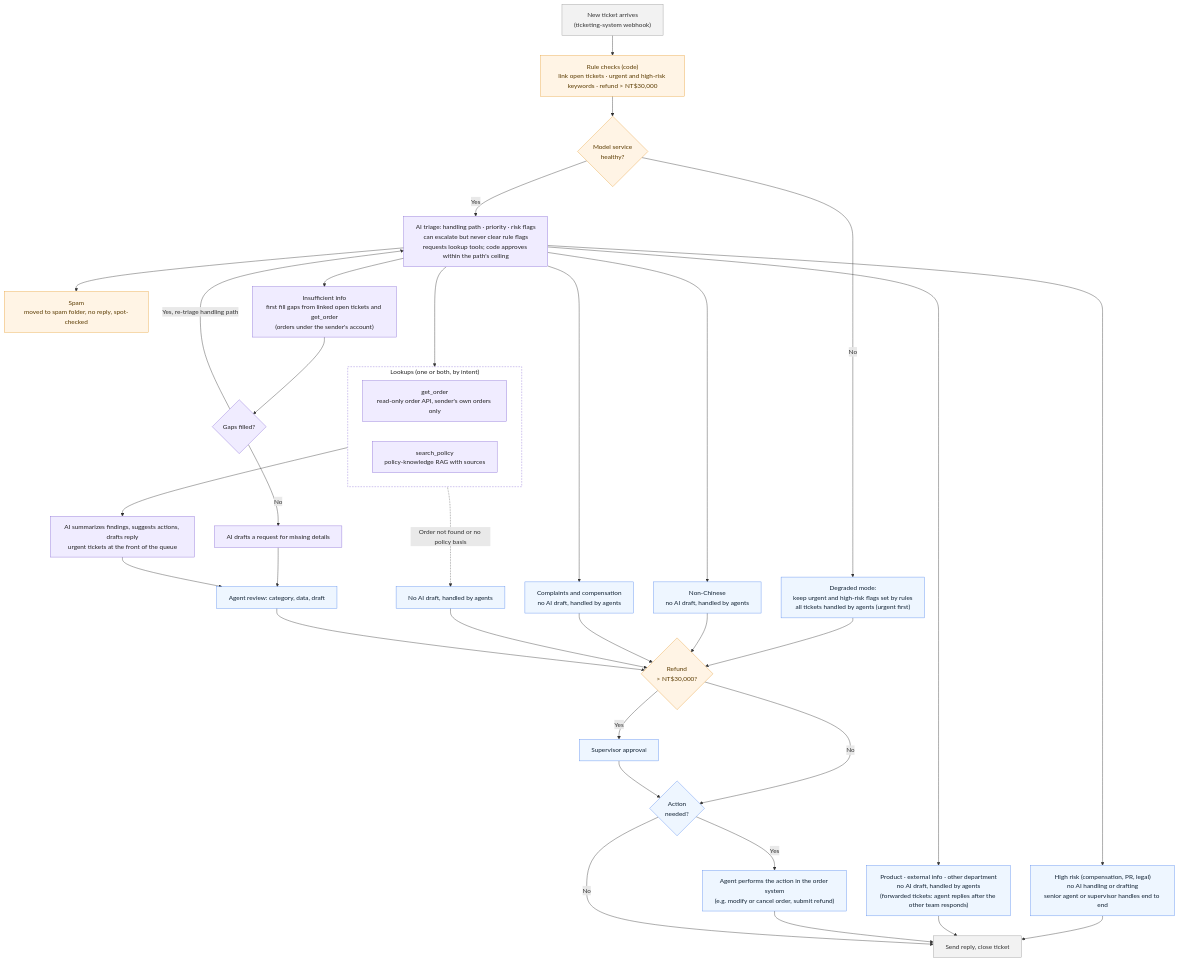
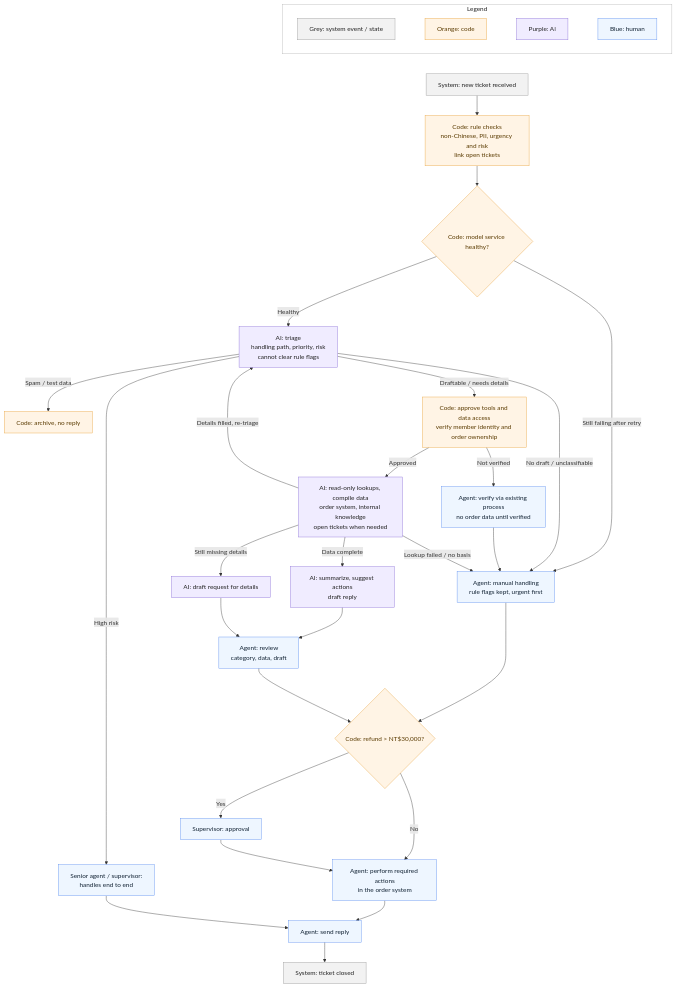
Before and after one commit to wei-yiting/travel-support-ai-case-study: the diagram in docs/figures/workflow.mmd, drawn with Mermaid. The commit also changed 6 other files, not shown here.

Commit message:
Sync report with revised design: human-verified gates, feedback types, capacity model, sources

```diff
--- a/docs/figures/workflow.mmd
+++ b/docs/figures/workflow.mmd
@@ -1,49 +1,45 @@
-%%{init: {"flowchart": {"wrappingWidth": 300}}}%%
 flowchart TD
-  A["New ticket arrives<br/>(ticketing-system webhook)"] --> R["Rule checks (code)<br/>link open tickets · urgent and high-risk keywords · refund > NT$30,000"]
-  R --> H{"Model service<br/>healthy?"}
-  H -- No --> M0["Degraded mode:<br/>keep urgent and high-risk flags set by rules<br/>all tickets handled by agents (urgent first)"]
-  H -- Yes --> C["AI triage: handling path · priority · risk flags<br/>can escalate but never clear rule flags<br/>requests lookup tools; code approves within the path's ceiling"]
+  subgraph LEGEND["Legend"]
+    direction LR
+    LS["Grey: system event / state"]
+    LR["Orange: code"]
+    LA["Purple: AI"]
+    LH["Blue: human"]
+    LS ~~~ LR ~~~ LA ~~~ LH
+  end
+  LEGEND ~~~ A
+  A["System: new ticket received"] --> R["Code: rule checks<br/>non-Chinese, PII, urgency and risk<br/>link open tickets"]
+  R --> M{"Code: model service healthy?"}
+  M -- "Still failing after retry" --> F["Agent: manual handling<br/>rule flags kept, urgent first"]
+  M -- "Healthy" --> T["AI: triage<br/>handling path, priority, risk<br/>cannot clear rule flags"]
+  T -- "Spam / test data" --> SP["Code: archive, no reply"]
+  T -- "High risk" --> HR["Senior agent / supervisor:<br/>handles end to end"]
+  T -- "No draft / unclassifiable" --> F
+  T -- "Draftable / needs details" --> G["Code: approve tools and data access<br/>verify member identity and order ownership"]
+  G -- "Not verified" --> V["Agent: verify via existing process<br/>no order data until verified"]
+  V --> F
+  G -- "Approved" --> Q["AI: read-only lookups, compile data<br/>order system, internal knowledge<br/>open tickets when needed"]
+  Q -- "Lookup failed / no basis" --> F
+  Q -- "Details filled, re-triage" --> T
+  Q -- "Still missing details" --> ASK["AI: draft request for details"]
+  Q -- "Data complete" --> D["AI: summarize, suggest actions<br/>draft reply"]
+  D --> C["Agent: review<br/>category, data, draft"]
+  ASK --> C
+  F --> J{"Code: refund > NT$30,000?"}
+  C --> J
+  J -- "Yes" --> S["Supervisor: approval"]
+  J -- "No" --> O["Agent: perform required actions<br/>in the order system"]
+  S --> O
+  O --> SEND["Agent: send reply"]
+  HR --> SEND
+  SEND --> DONE["System: ticket closed"]
 
-  C --> HR["High risk (compensation, PR, legal)<br/>no AI handling or drafting<br/>senior agent or supervisor handles end to end"]
-  C --> SP["Spam<br/>moved to spam folder, no reply, spot-checked"]
-  C --> NM["Product · external info · other department<br/>no AI draft, handled by agents<br/>(forwarded tickets: agent replies after the other team responds)"]
-  C --> CP["Complaints and compensation<br/>no AI draft, handled by agents"]
-  C --> INS["Insufficient info<br/>first fill gaps from linked open tickets and get_order<br/>(orders under the sender's account)"]
-  INS --> INSQ{"Gaps filled?"}
-  INSQ -- Yes, re-triage handling path --> C
-  INSQ -- No --> INSD["AI drafts a request for missing details"]
-  C --> NC["Non-Chinese<br/>no AI draft, handled by agents"]
-
-  subgraph Q["Lookups (one or both, by intent)"]
-    QO["get_order<br/>read-only order API, sender's own orders only"]
-    QK["search_policy<br/>policy-knowledge RAG with sources"]
-  end
-  C --> Q
-  Q -. Order not found or no policy basis .-> M1["No AI draft, handled by agents"]
-  Q --> D["AI summarizes findings, suggests actions, drafts reply<br/>urgent tickets at the front of the queue"]
-
-  M0 --> J
-  HR --> SEND
-  NM --> SEND
-  NC --> J
-  CP --> J
-  INSD --> K
-  M1 --> J
-  D --> K["Agent review: category, data, draft"]
-  K --> J{"Refund<br/>> NT$30,000?"}
-  J -- Yes --> S["Supervisor approval"]
-  J -- No --> OP{"Action<br/>needed?"}
-  S --> OP
-  OP -- Yes --> X["Agent performs the action in the order system<br/>(e.g. modify or cancel order, submit refund)"] --> SEND["Send reply, close ticket"]
-  OP -- No --> SEND
-
+  classDef sys fill:#f2f2f2,stroke:#999,color:#222;
   classDef rule fill:#fff4e5,stroke:#e8a33d,color:#5a3b00;
+  classDef ai fill:#f0ecff,stroke:#8b6fd6,color:#222;
   classDef human fill:#eef6ff,stroke:#5b8def,color:#123;
-  classDef ai fill:#f0ecff,stroke:#8b6fd6,color:#222;
-  classDef sys fill:#f2f2f2,stroke:#999,color:#333;
-  class R,H,J,SP rule;
-  class M0,HR,NM,NC,CP,M1,K,S,X,OP human;
-  class C,QO,QK,D,INS,INSQ,INSD ai;
-  class A,SEND sys;
-  style Q fill:#ffffff,stroke:#8b6fd6,stroke-dasharray: 4 3,color:#222
+  class A,DONE,LS sys;
+  class R,M,G,J,SP,LR rule;
+  class T,Q,ASK,D,LA ai;
+  class F,HR,V,C,S,O,SEND,LH human;
+  style LEGEND fill:#ffffff,stroke:#b7b7b7,color:#222
```
